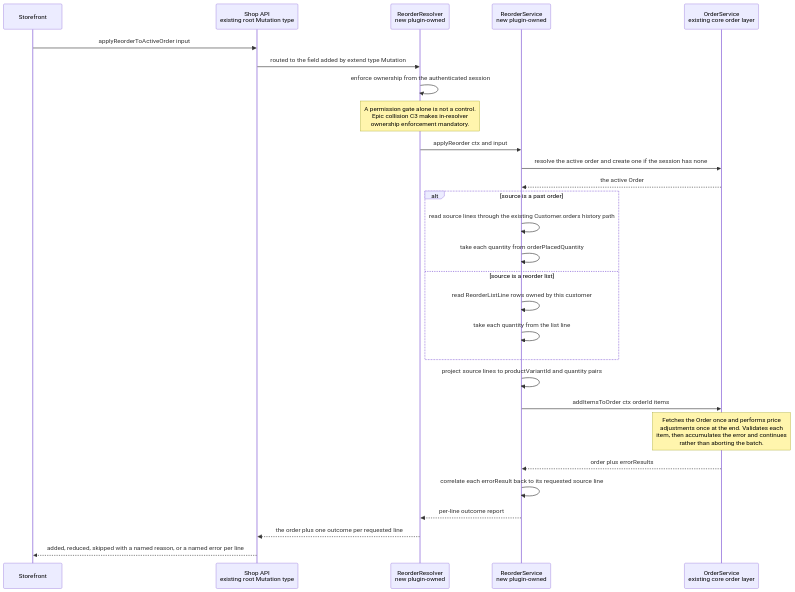
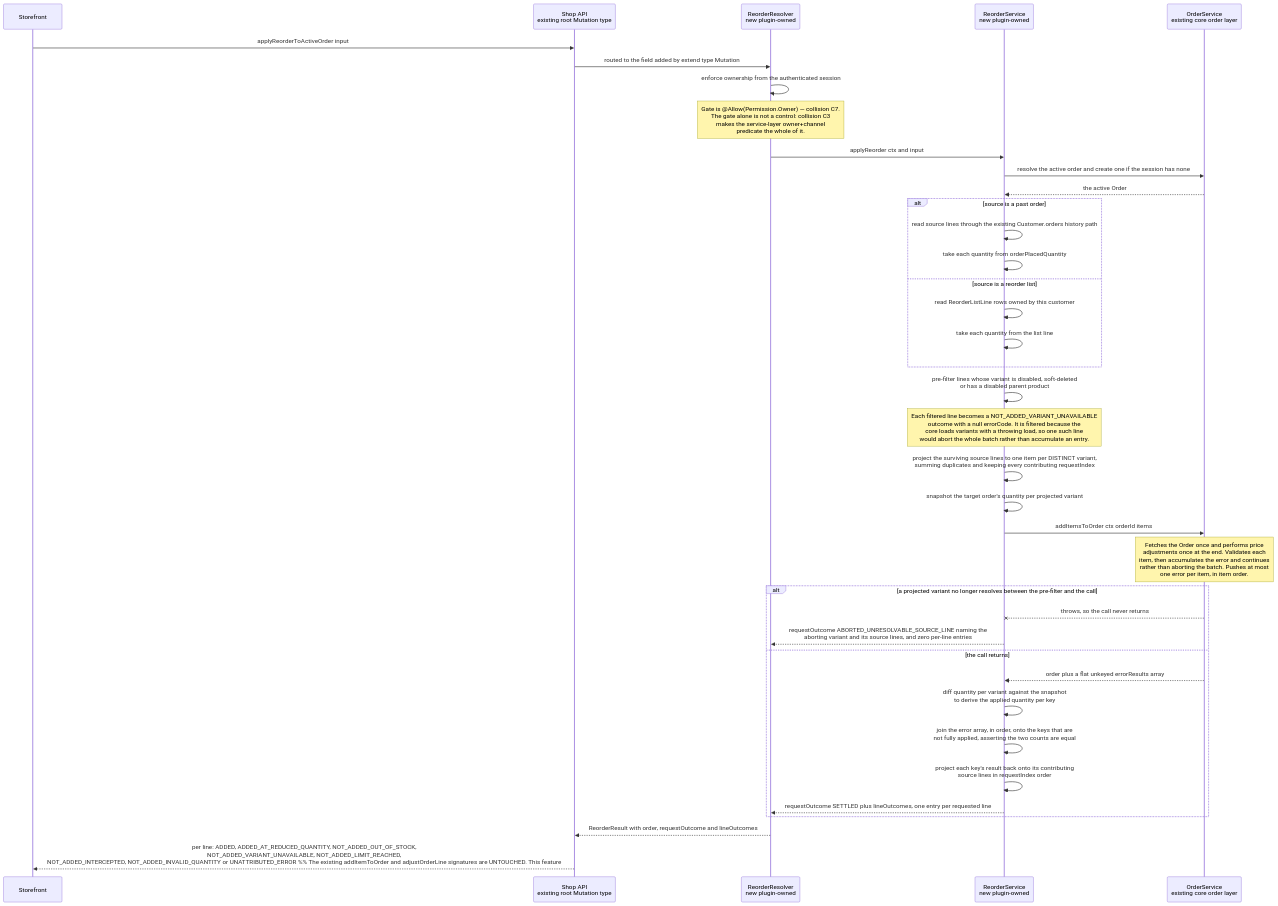
Before and after one commit to blitzy-public-samples/vendure: the diagram in tickets/EPIC-001/FEATURE-001-02-reorder-from-order-history.md, drawn with Mermaid. The commit also changed other lines of this file and 10 other files, not shown here.

````diff
--- a/tickets/EPIC-001/FEATURE-001-02-reorder-from-order-history.md
+++ b/tickets/EPIC-001/FEATURE-001-02-reorder-from-order-history.md
@@ -136,34 +321,48 @@
 ```mermaid
 sequenceDiagram
     participant SF as Storefront
     participant API as Shop API<br/>existing root Mutation type
     participant RES as ReorderResolver<br/>new plugin-owned
     participant RS as ReorderService<br/>new plugin-owned
     participant OS as OrderService<br/>existing core order layer
     SF->>API: applyReorderToActiveOrder input
     API->>RES: routed to the field added by extend type Mutation
     RES->>RES: enforce ownership from the authenticated session
-    Note over RES: A permission gate alone is not a control.<br/>Epic collision C3 makes in-resolver<br/>ownership enforcement mandatory.
+    Note over RES: Gate is @Allow(Permission.Owner) — collision C7.<br/>The gate alone is not a control: collision C3<br/>makes the service-layer owner+channel<br/>predicate the whole of it.
     RES->>RS: applyReorder ctx and input
     RS->>OS: resolve the active order and create one if the session has none
     OS-->>RS: the active Order
     alt source is a past order
         RS->>RS: read source lines through the existing Customer.orders history path
         RS->>RS: take each quantity from orderPlacedQuantity
     else source is a reorder list
         RS->>RS: read ReorderListLine rows owned by this customer
         RS->>RS: take each quantity from the list line
     end
-    RS->>RS: project source lines to productVariantId and quantity pairs
+    RS->>RS: pre-filter lines whose variant is disabled, soft-deleted<br/>or has a disabled parent product
+    Note over RS: Each filtered line becomes a NOT_ADDED_VARIANT_UNAVAILABLE<br/>outcome with a null errorCode. It is filtered because the<br/>core loads variants with a throwing load, so one such line<br/>would abort the whole batch rather than accumulate an entry.
+    RS->>RS: project the surviving source lines to one item per DISTINCT variant,<br/>summing duplicates and keeping every contributing requestIndex
+    RS->>RS: snapshot the target order's quantity per projected variant
     RS->>OS: addItemsToOrder ctx orderId items
-    Note over OS: Fetches the Order once and performs price<br/>adjustments once at the end. Validates each<br/>item, then accumulates the error and continues<br/>rather than aborting the batch.
-    OS-->>RS: order plus errorResults
-    RS->>RS: correlate each errorResult back to its requested source line
-    RS-->>RES: per-line outcome report
-    RES-->>API: the order plus one outcome per requested line
-    API-->>SF: added, reduced, skipped with a named reason, or a named error per line
-    %% The existing addItemToOrder and adjustOrderLine signatures are UNTOUCHED. This feature
+    Note over OS: Fetches the Order once and performs price<br/>adjustments once at the end. Validates each<br/>item, then accumulates the error and continues<br/>rather than aborting the batch. Pushes at most<br/>one error per item, in item order.
+    alt a projected variant no longer resolves between the pre-filter and the call
+        OS--xRS: throws, so the call never returns
+        RS-->>RES: requestOutcome ABORTED_UNRESOLVABLE_SOURCE_LINE naming the<br/>aborting variant and its source lines, and zero per-line entries
+    else the call returns
+        OS-->>RS: order plus a flat unkeyed errorResults array
+        RS->>RS: diff quantity per variant against the snapshot<br/>to derive the applied quantity per key
+        RS->>RS: join the error array, in order, onto the keys that are<br/>not fully applied, asserting the two counts are equal
+        RS->>RS: project each key's result back onto its contributing<br/>source lines in requestIndex order
+        RS-->>RES: requestOutcome SETTLED plus lineOutcomes, one entry per requested line
+    end
+    RES-->>API: ReorderResult with order, requestOutcome and lineOutcomes
+    API-->>SF: per line: ADDED, ADDED_AT_REDUCED_QUANTITY, NOT_ADDED_OUT_OF_STOCK,<br/>NOT_ADDED_VARIANT_UNAVAILABLE, NOT_ADDED_LIMIT_REACHED,<br/>NOT_ADDED_INTERCEPTED, NOT_ADDED_INVALID_QUANTITY or UNATTRIBUTED_ERROR    %% The existing addItemToOrder and adjustOrderLine signatures are UNTOUCHED. This feature
     %% adds one field to the root Mutation type through extend type Mutation and changes no
     %% argument, no return type and no nullability on any existing operation. Nothing in this
     %% diagram writes to a plugin-owned table: this feature introduces no new table.
+    %% IDENTITY IS CONSTRUCTED, NOT READ OFF THE ERROR ARRAY. The array carries no variant id,
+    %% no source-line id and no input index, and it is shorter than the item list because a
+    %% clean add contributes nothing. The applied quantity comes from the order-state diff and
+    %% the error type from a join over that diff's own key set. See section 2.6a, and section
+    %% 2.6b for the alt branch above.
 ```
````
